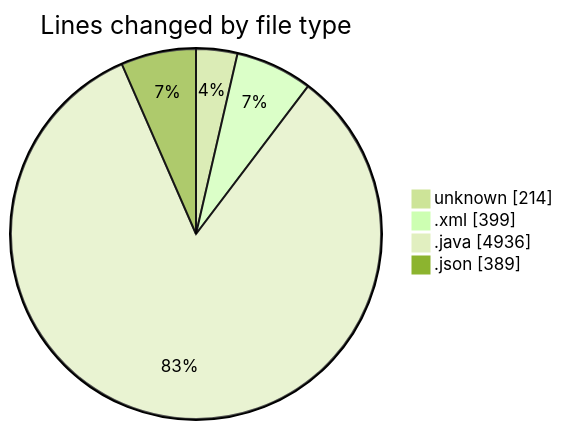
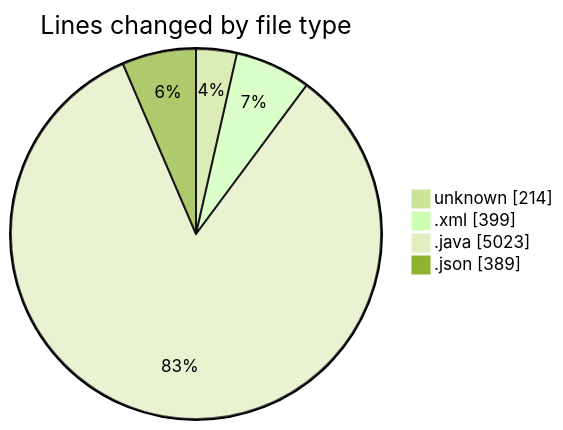
One commit to charlie-sans/code-tracking changed the first of 2 diagrams in 2025-02-24/micros/README.md. Above: the diagram before and after it, drawn with Mermaid (forest theme). The commit also changed other lines of this file and 1 other file, not shown here.

````diff
--- a/2025-02-24/micros/README.md
+++ b/2025-02-24/micros/README.md
@@ -35,8 +36,8 @@
 ```mermaid
 pie showData
 title Lines changed by file type
 "unknown" : 214
 ".xml" : 399
-".java" : 4936
+".java" : 5023
 ".json" : 389
 ```
````
